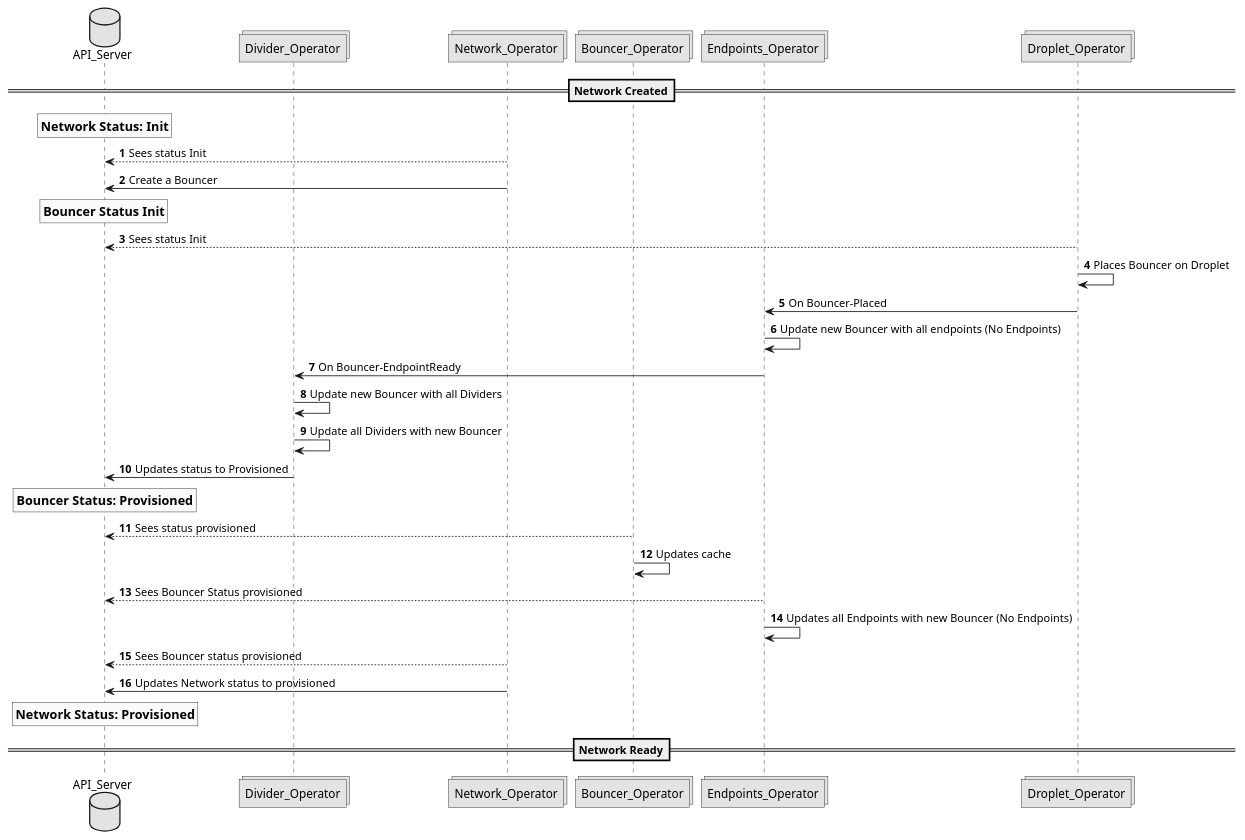
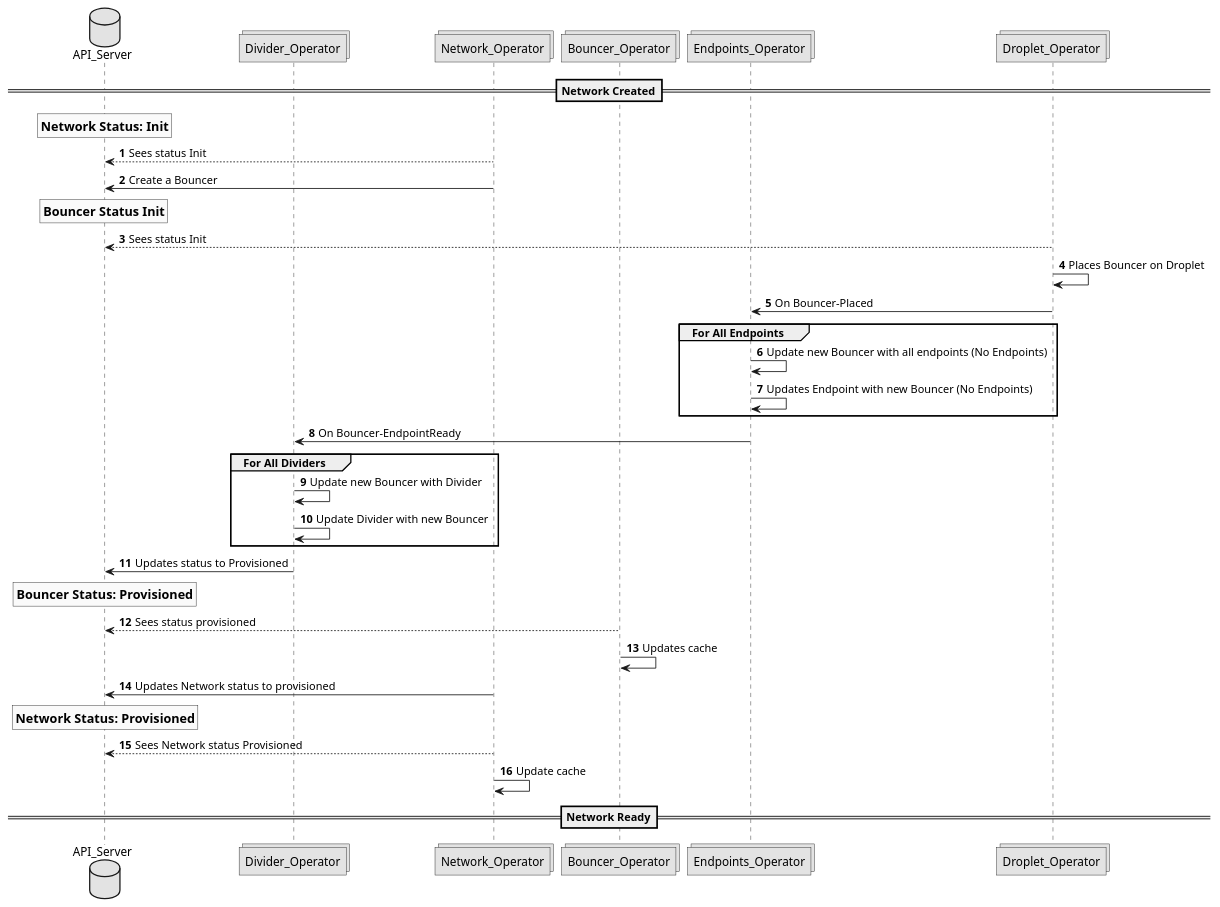
Before and after one commit to CentaurusInfra/mizar: the diagram in Documentation/design/figures/create_network_workflow.puml, drawn with PlantUML. The commit also changed 4 other files, not shown here.

Commit message:
Updated create workflow diagrams for clarity

```diff
--- a/Documentation/design/figures/create_network_workflow.puml
+++ b/Documentation/design/figures/create_network_workflow.puml
@@ -1,37 +1,39 @@
 @startuml
 
 skinparam monochrome true
 autonumber
 
 database API_Server
 collections Divider_Operator
 collections Network_Operator
 collections Bouncer_Operator
 collections Endpoints_Operator
 collections Droplet_Operator
 
 ==Network Created==
 rnote over API_Server: ==Network Status: Init
 Network_Operator --> API_Server: Sees status Init
 Network_Operator -> API_Server: Create a Bouncer
 rnote over API_Server: ==Bouncer Status Init
 Droplet_Operator --> API_Server: Sees status Init
 Droplet_Operator -> Droplet_Operator: Places Bouncer on Droplet
-
 Droplet_Operator -> Endpoints_Operator: On Bouncer-Placed
+group For All Endpoints
 Endpoints_Operator -> Endpoints_Operator: Update new Bouncer with all endpoints (No Endpoints)
+Endpoints_Operator -> Endpoints_Operator: Updates Endpoint with new Bouncer (No Endpoints)
+end
 Endpoints_Operator -> Divider_Operator: On Bouncer-EndpointReady
-Divider_Operator -> Divider_Operator: Update new Bouncer with all Dividers
-Divider_Operator -> Divider_Operator: Update all Dividers with new Bouncer
+group For All Dividers
+Divider_Operator -> Divider_Operator: Update new Bouncer with Divider
+Divider_Operator -> Divider_Operator: Update Divider with new Bouncer
+end
 Divider_Operator -> API_Server: Updates status to Provisioned
 rnote over API_Server: == Bouncer Status: Provisioned
-
 Bouncer_Operator --> API_Server: Sees status provisioned
 Bouncer_Operator -> Bouncer_Operator: Updates cache
-Endpoints_Operator --> API_Server: Sees Bouncer Status provisioned
-Endpoints_Operator -> Endpoints_Operator: Updates all Endpoints with new Bouncer (No Endpoints)
-Network_Operator --> API_Server: Sees Bouncer status provisioned
 Network_Operator -> API_Server: Updates Network status to provisioned
 rnote over API_Server: == Network Status: Provisioned
+Network_Operator --> API_Server: Sees Network status Provisioned
+Network_Operator -> Network_Operator: Update cache
 ==Network Ready==
 @enduml
```
